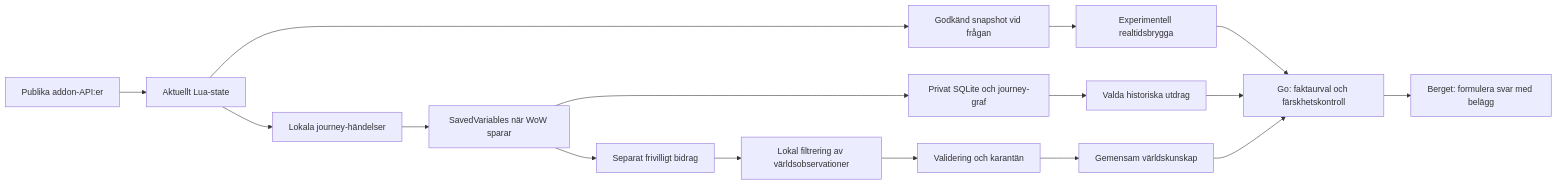
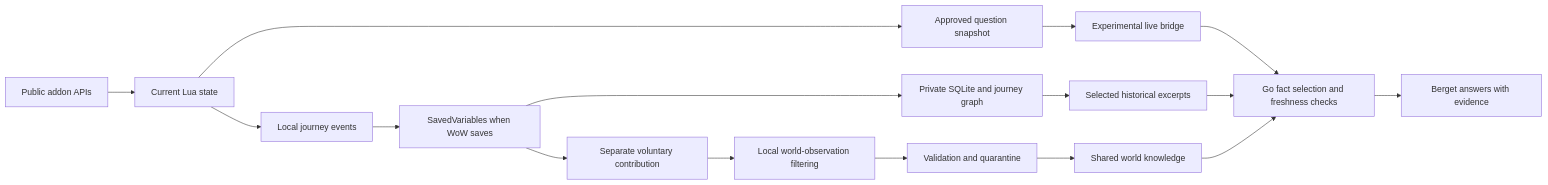
One commit to AHeige/Jornia changed the diagram in docs/data-freshness-strategy.md. Above: the diagram before and after it, drawn with Mermaid. The commit also changed other lines of this file and 39 other files, not shown here.

````diff
--- a/docs/data-freshness-strategy.md
+++ b/docs/data-freshness-strategy.md
@@ -13,18 +13,18 @@
 ```mermaid
 flowchart LR
-    Game[Publika addon-API:er] --> State[Aktuellt Lua-state]
-    State --> Events[Lokala journey-händelser]
-    Events --> Saved[SavedVariables när WoW sparar]
-    Saved --> SQLite[Privat SQLite och journey-graf]
-    State --> Consent[Godkänd snapshot vid frågan]
-    Consent --> Bridge[Experimentell realtidsbrygga]
-    SQLite --> Selected[Valda historiska utdrag]
-    Bridge --> Ask[Go: faktaurval och färskhetskontroll]
+    Game[Public addon APIs] --> State[Current Lua state]
+    State --> Events[Local journey events]
+    Events --> Saved[SavedVariables when WoW saves]
+    Saved --> SQLite[Private SQLite and journey graph]
+    State --> Consent[Approved question snapshot]
+    Consent --> Bridge[Experimental live bridge]
+    SQLite --> Selected[Selected historical excerpts]
+    Bridge --> Ask[Go fact selection and freshness checks]
     Selected --> Ask
-    PG[Gemensam världskunskap] --> Ask
-    Ask --> Berget[Berget: formulera svar med belägg]
-    Saved --> OptIn[Separat frivilligt bidrag]
-    OptIn --> Filter[Lokal filtrering av världsobservationer]
-    Filter --> Quarantine[Validering och karantän]
+    PG[Shared world knowledge] --> Ask
+    Ask --> Berget[Berget answers with evidence]
+    Saved --> OptIn[Separate voluntary contribution]
+    OptIn --> Filter[Local world-observation filtering]
+    Filter --> Quarantine[Validation and quarantine]
     Quarantine --> PG
 ```
````
